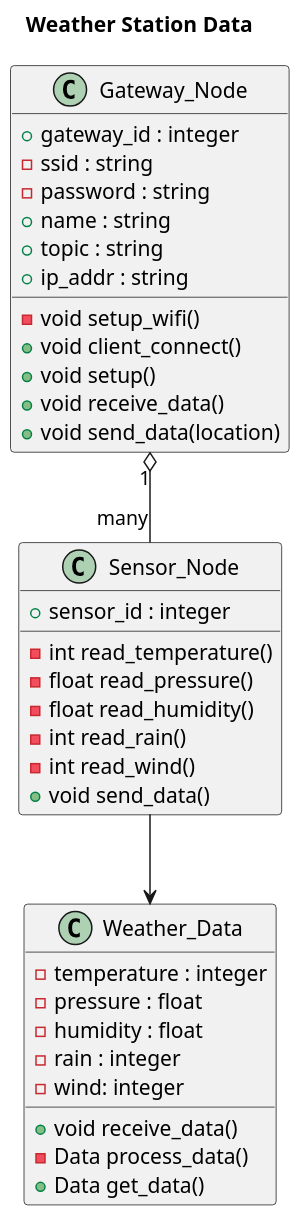
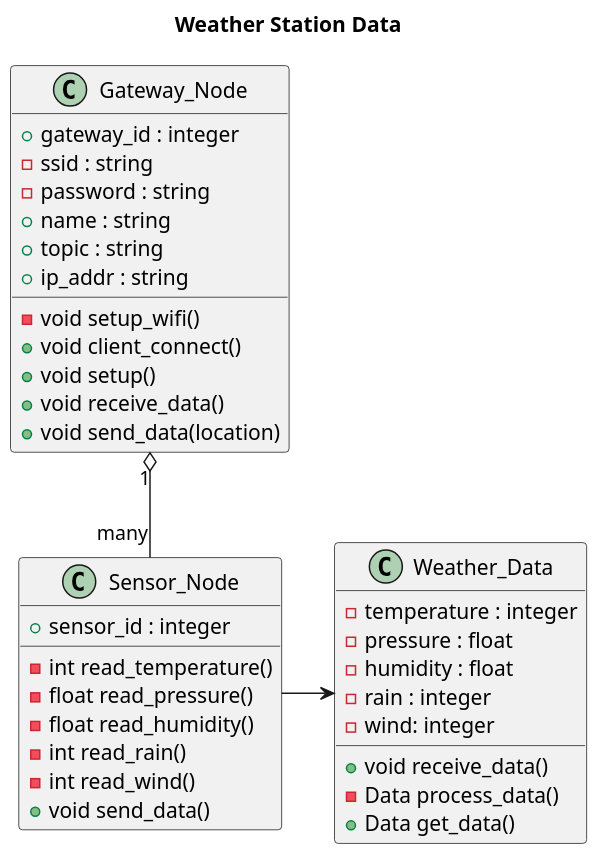
One commit to Kylertk21/Weather_Station changed the diagram in Weather_Station_Class.puml. Above: the diagram before and after it, drawn with PlantUML. The commit also changed 2 other files, not shown here.

Commit message:
Working on UML models

```diff
--- a/Weather_Station_Class.puml
+++ b/Weather_Station_Class.puml
@@ -1,45 +1,45 @@
 @startuml
 'https://plantuml.com/class-diagram
 
 scale 1.5
 title Weather Station Data
 class Weather_Data {
     -temperature : integer
     -pressure : float
     -humidity : float
     -rain : integer
     -wind: integer
 
     +void receive_data()
     -Data process_data()
     +Data get_data()
 }
 
 class Sensor_Node {
     +sensor_id : integer
     -int read_temperature()
     -float read_pressure()
     -float read_humidity()
     -int read_rain()
     -int read_wind()
     +void send_data()
 }
-Sensor_Node --> Weather_Data
+Sensor_Node -> Weather_Data
 
 class Gateway_Node {
     +gateway_id : integer
     -ssid : string
     -password : string
     +name : string
     +topic : string
     +ip_addr : string
 
     -void setup_wifi()
     +void client_connect()
     +void setup()
     +void receive_data()
     +void send_data(location)
 }
 Gateway_Node "1" o-- "many" Sensor_Node
 
 @enduml
```
